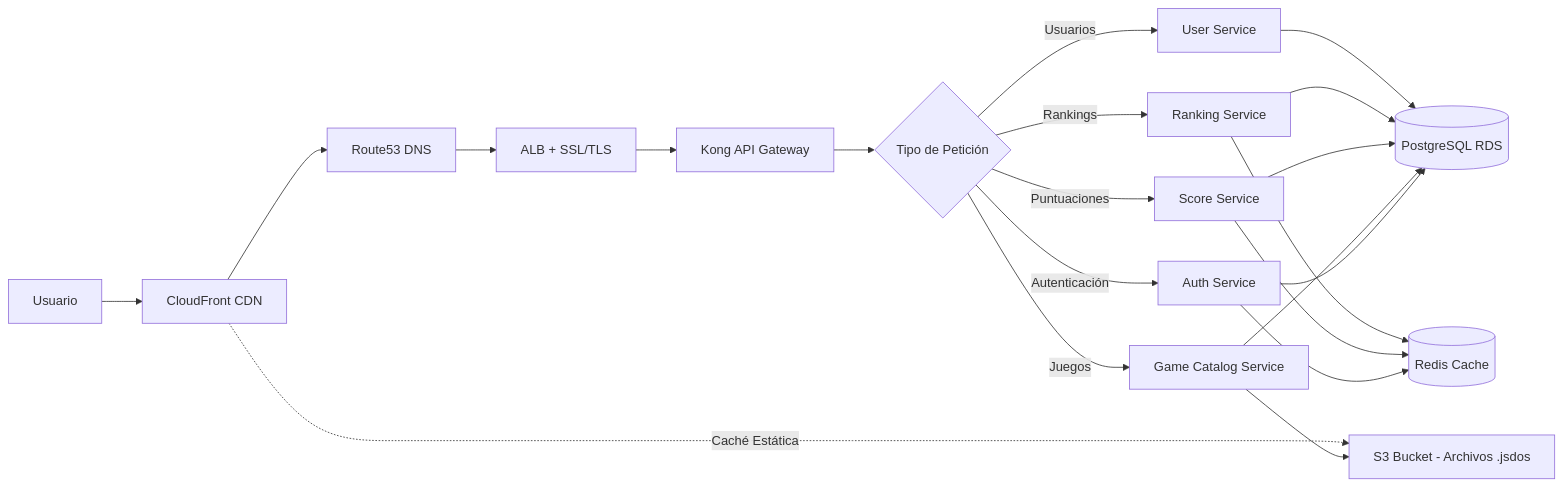
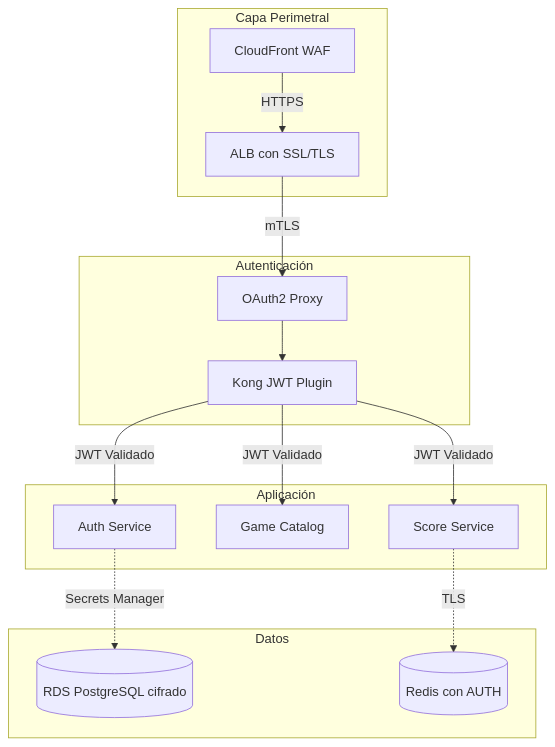
One commit to retrogamecloud/docs changed the first of 3 diagrams in IMPROVEMENTS.md. Above: the diagram before and after it, drawn with Mermaid. The commit also changed other lines of this file and 18 other files, not shown here.

````diff
--- a/IMPROVEMENTS.md
+++ b/IMPROVEMENTS.md
@@ -58,23 +26,28 @@
 ```mermaid
-graph LR
-    A[Usuario] --> B[CloudFront CDN]
-    B --> C[Route53 DNS]
-    C --> D[ALB + SSL/TLS]
-    D --> E[Kong API Gateway]
-    E --> F{Tipo de Petición}
-    F -->|Autenticación| G[Auth Service]
-    F -->|Juegos| H[Game Catalog Service]
-    F -->|Puntuaciones| I[Score Service]
-    F -->|Rankings| J[Ranking Service]
-    F -->|Usuarios| K[User Service]
-    G --> L[(PostgreSQL RDS)]
-    H --> L
-    I --> L
-    J --> L
-    K --> L
-    G --> M[(Redis Cache)]
-    I --> M
-    J --> M
-    H --> N[S3 Bucket - Archivos .jsdos]
-    B -.Caché Estática.-> N
+graph TB
+    subgraph Capa_Perimetral[Capa Perimetral]
+        CF[CloudFront WAF]
+        ALB[ALB con SSL/TLS]
+    end
+    subgraph Capa_Autenticacion[Autenticación]
+        OAuth[OAuth2 Proxy]
+        Kong[Kong JWT Plugin]
+    end
+    subgraph Capa_Aplicacion[Aplicación]
+        Auth[Auth Service]
+        Game[Game Catalog]
+        Score[Score Service]
+    end
+    subgraph Capa_Datos[Datos]
+        RDS[(RDS PostgreSQL cifrado)]
+        Redis[(Redis con AUTH)]
+    end
+    CF -->|HTTPS| ALB
+    ALB -->|mTLS| OAuth
+    OAuth --> Kong
+    Kong -->|JWT Validado| Auth
+    Kong -->|JWT Validado| Game
+    Kong -->|JWT Validado| Score
+    Auth -.->|Secrets Manager| RDS
+    Score -.->|TLS| Redis
 ```
````
